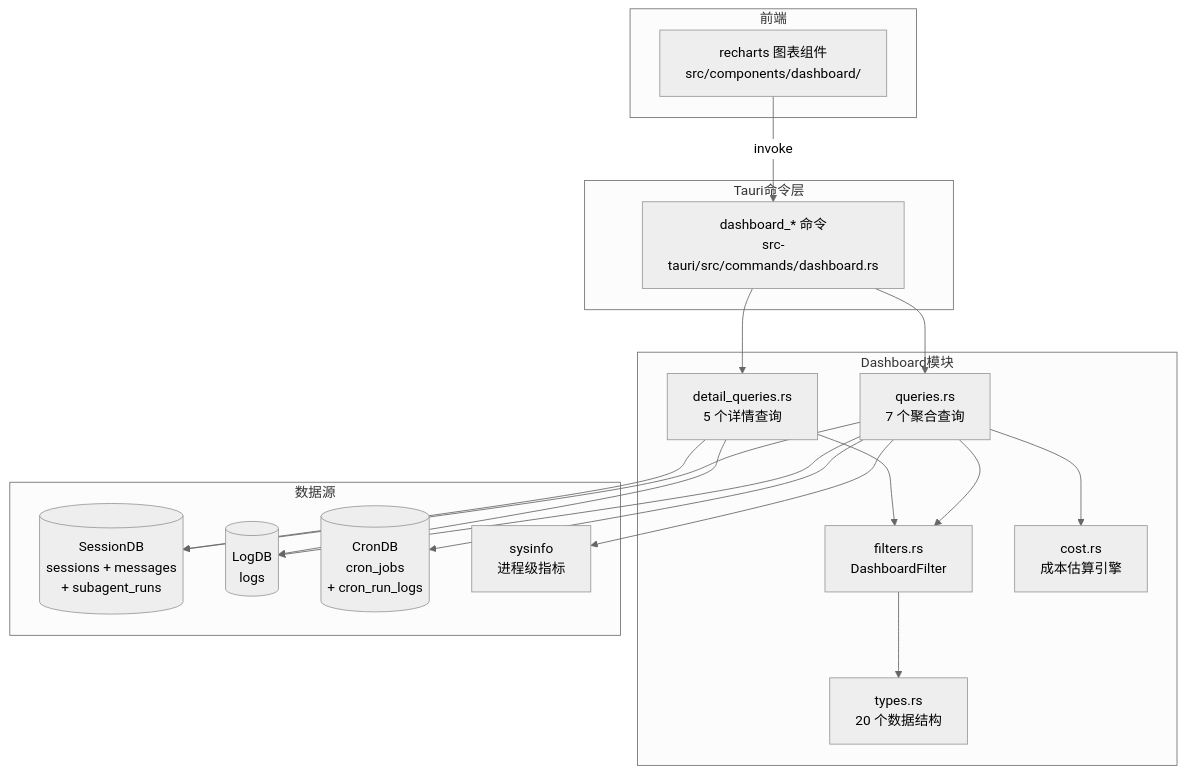
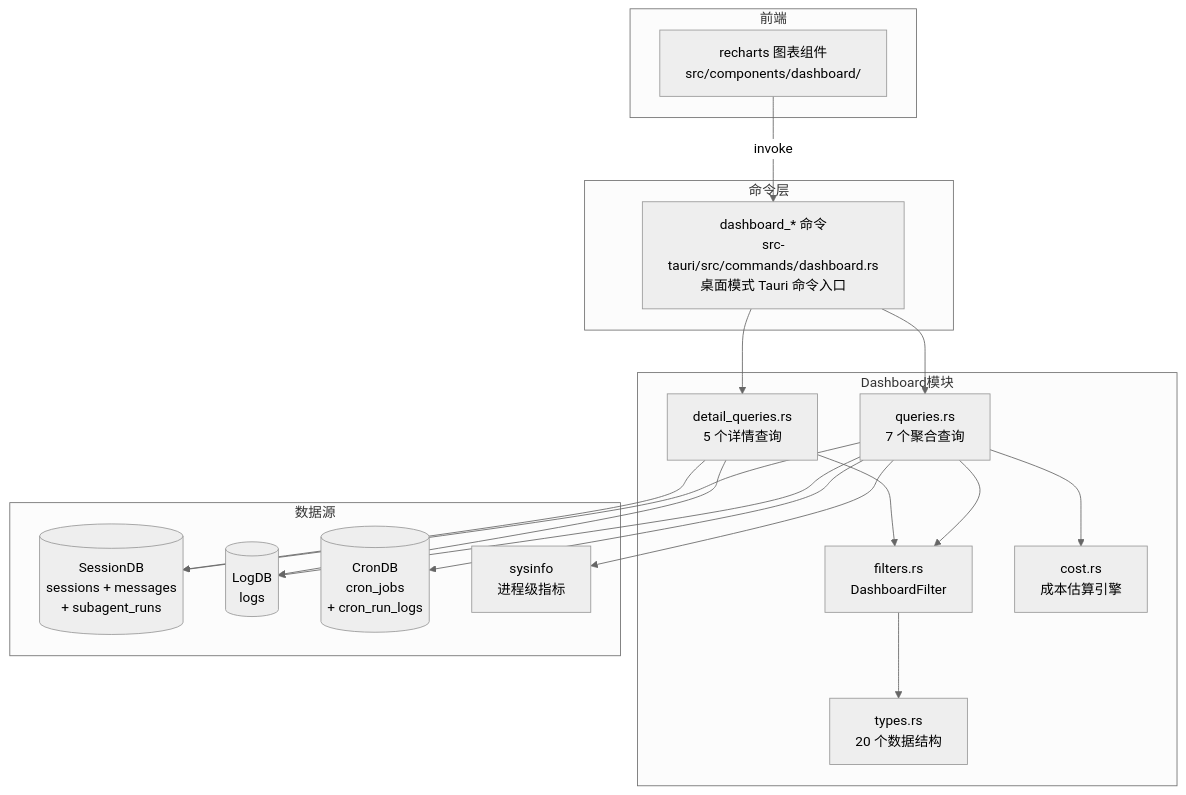
The first of 3 diagrams in docs/architecture/dashboard.md (shiwenwen/hope-agent), drawn with Mermaid (neutral theme) before and after one commit. The commit also changed 21 other files, not shown here.

````diff
--- a/docs/architecture/dashboard.md
+++ b/docs/architecture/dashboard.md
@@ -28,39 +28,39 @@
 ```mermaid
 graph TB
     subgraph 前端
         RC[recharts 图表组件<br/>src/components/dashboard/]
     end
 
-    subgraph Tauri命令层
-        CMD[dashboard_* 命令<br/>src-tauri/src/commands/dashboard.rs]
+    subgraph 命令层
+        CMD[dashboard_* 命令<br/>src-tauri/src/commands/dashboard.rs<br/>桌面模式 Tauri 命令入口]
     end
 
     subgraph Dashboard模块
         F[filters.rs<br/>DashboardFilter]
         Q[queries.rs<br/>7 个聚合查询]
         DQ[detail_queries.rs<br/>5 个详情查询]
         C[cost.rs<br/>成本估算引擎]
         T[types.rs<br/>20 个数据结构]
     end
 
     subgraph 数据源
         SDB[(SessionDB<br/>sessions + messages<br/>+ subagent_runs)]
         LDB[(LogDB<br/>logs)]
         CDB[(CronDB<br/>cron_jobs<br/>+ cron_run_logs)]
         SYS[sysinfo<br/>进程级指标]
     end
 
     RC -->|invoke| CMD
     CMD --> Q
     CMD --> DQ
     Q --> F
     DQ --> F
     Q --> C
     Q --> SDB
     Q --> LDB
     Q --> CDB
     Q --> SYS
     DQ --> SDB
     DQ --> LDB
     F --> T
 ```
````
